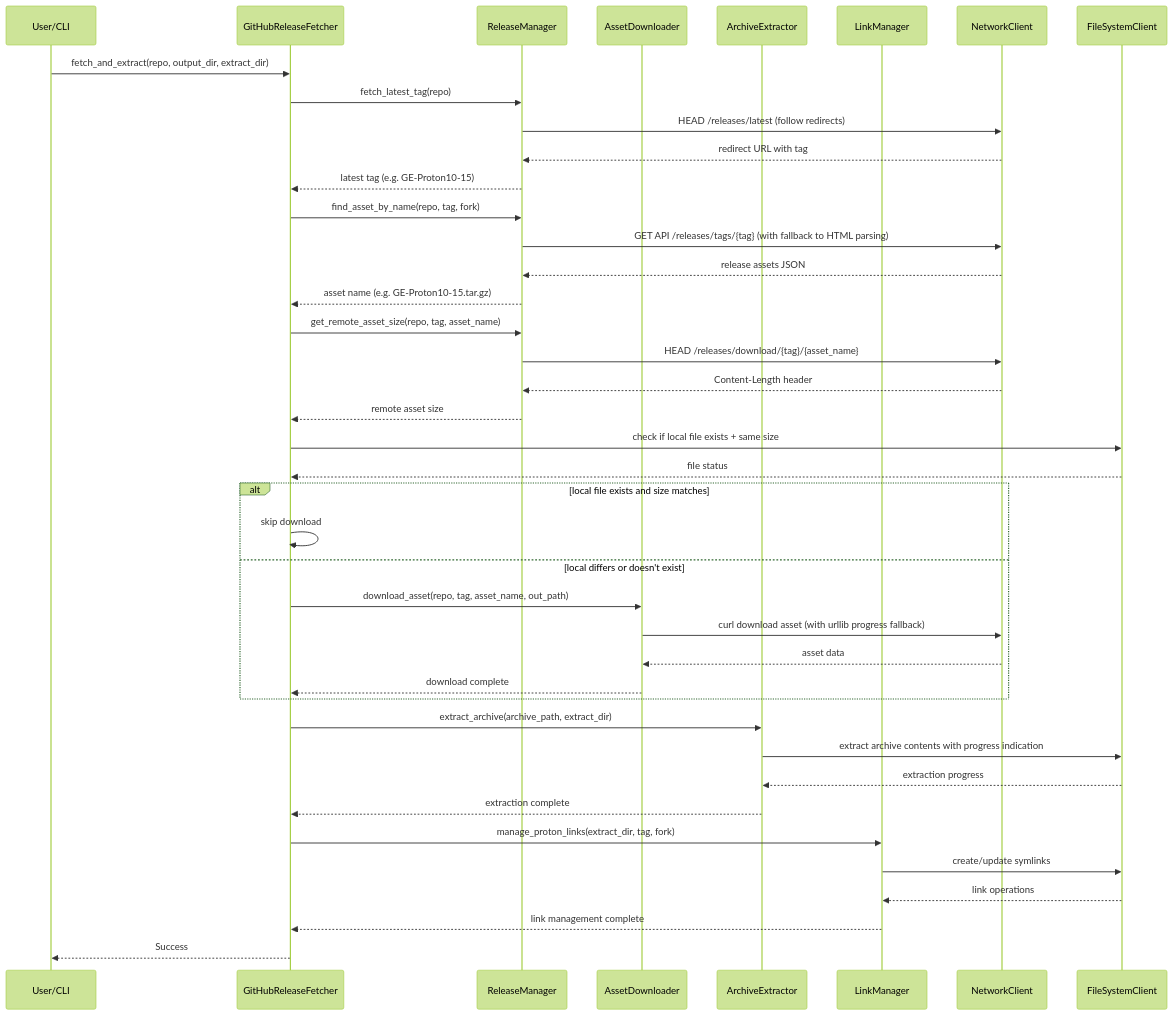
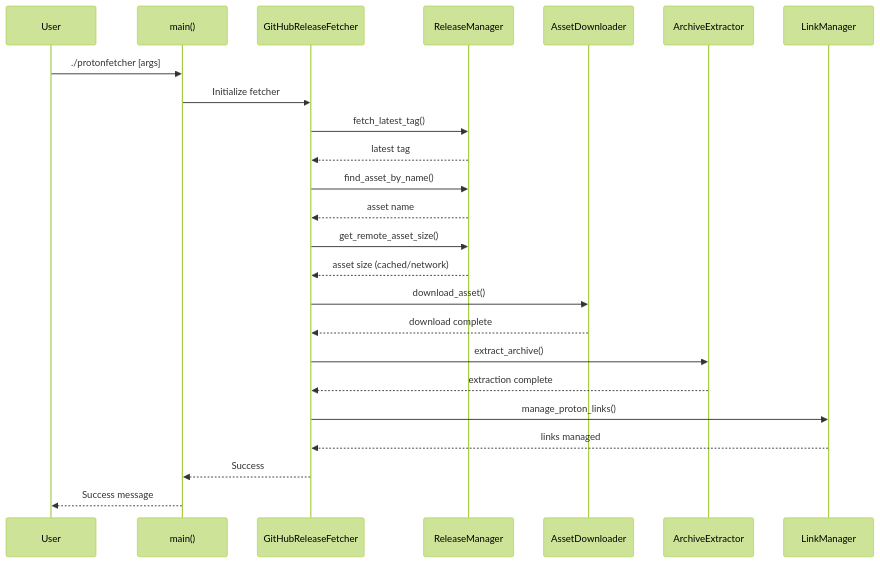
One commit to WombatFromHell/protonge-fetcher changed the third of 6 diagrams in DESIGN.md. Above: the diagram before and after it, drawn with Mermaid (forest theme). The commit also changed other lines of this file and 4 other files, not shown here.

````diff
--- a/DESIGN.md
+++ b/DESIGN.md
@@ -128,51 +101,27 @@
 ```mermaid
 sequenceDiagram
-    participant U as User/CLI
+    participant U as User
+    participant M as main()
     participant F as GitHubReleaseFetcher
     participant RM as ReleaseManager
     participant AD as AssetDownloader
     participant AE as ArchiveExtractor
     participant LM as LinkManager
-    participant NC as NetworkClient
-    participant FC as FileSystemClient
 
-    U->>F: fetch_and_extract(repo, output_dir, extract_dir)
-    F->>RM: fetch_latest_tag(repo)
-    RM->>NC: HEAD /releases/latest (follow redirects)
-    NC-->>RM: redirect URL with tag
-    RM-->>F: latest tag (e.g. GE-Proton10-15)
-
-    F->>RM: find_asset_by_name(repo, tag, fork)
-    RM->>NC: GET API /releases/tags/{tag} (with fallback to HTML parsing)
-    NC-->>RM: release assets JSON
-    RM-->>F: asset name (e.g. GE-Proton10-15.tar.gz)
-
-    F->>RM: get_remote_asset_size(repo, tag, asset_name)
-    RM->>NC: HEAD /releases/download/{tag}/{asset_name}
-    NC-->>RM: Content-Length header
-    RM-->>F: remote asset size
-
-    F->>FC: check if local file exists + same size
-    FC-->>F: file status
-
-    alt local file exists and size matches
-        F->>F: skip download
-    else local differs or doesn't exist
-        F->>AD: download_asset(repo, tag, asset_name, out_path)
-        AD->>NC: curl download asset (with urllib progress fallback)
-        NC-->>AD: asset data
-        AD-->>F: download complete
-    end
-
-    F->>AE: extract_archive(archive_path, extract_dir)
-    AE->>FC: extract archive contents with progress indication
-    FC-->>AE: extraction progress
+    U->>M: ./protonfetcher [args]
+    M->>F: Initialize fetcher
+    F->>RM: fetch_latest_tag()
+    RM-->>F: latest tag
+    F->>RM: find_asset_by_name()
+    RM-->>F: asset name
+    F->>RM: get_remote_asset_size()
+    RM-->>F: asset size (cached/network)
+    F->>AD: download_asset()
+    AD-->>F: download complete
+    F->>AE: extract_archive()
     AE-->>F: extraction complete
-
-    F->>LM: manage_proton_links(extract_dir, tag, fork)
-    LM->>FC: create/update symlinks
-    FC-->>LM: link operations
-    LM-->>F: link management complete
-
-    F-->>U: Success
+    F->>LM: manage_proton_links()
+    LM-->>F: links managed
+    F-->>M: Success
+    M-->>U: Success message
 ```
````
